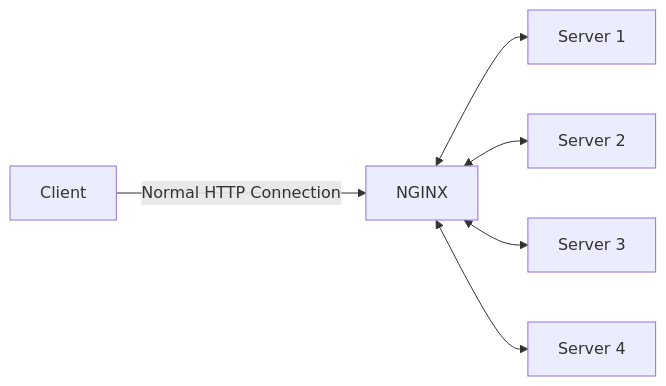
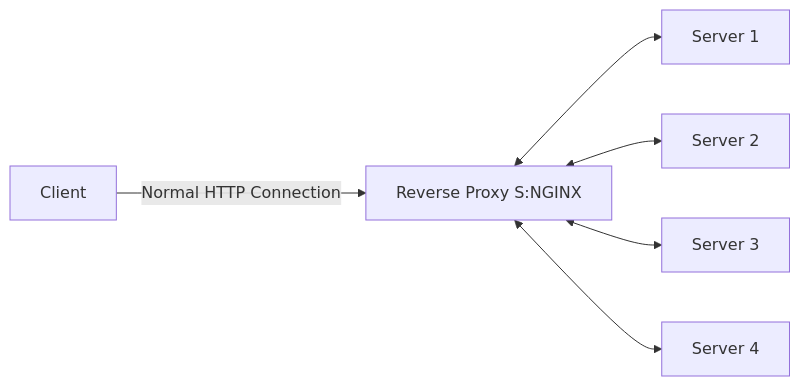
One commit to shubham21155102/nginx-docker changed the fourth of 4 diagrams in NGINX.MD. Above: the diagram before and after it, drawn with Mermaid. The commit also changed other lines of this file, not shown here.

Commit message:
add interface

````diff
--- a/NGINX.MD
+++ b/NGINX.MD
@@ -45,9 +45,9 @@
 ```mermaid
    graph LR
-    A[Client] -- Normal HTTP Connection --> B[NGINX]
+    A[Client] -- Normal HTTP Connection --> B[Reverse Proxy S:NGINX]
     B <--> C[Server 1]
     B <--> D[Server 2]
     B <--> E[Server 3]
     B <--> F[Server 4]
     
 ```
````
